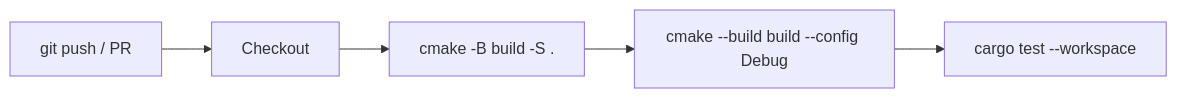
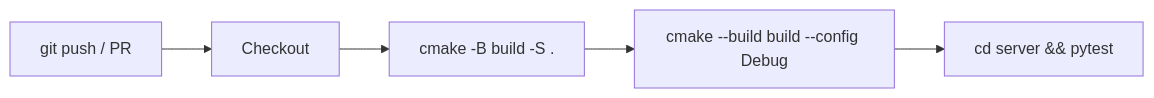
One commit to jesspig/GodotMCP-GDExtension changed the first of 2 diagrams in .repo_wiki/reference/ci-cd.md. Above: the diagram before and after it, drawn with Mermaid. The commit also changed other lines of this file and 29 other files, not shown here.

````diff
--- a/.repo_wiki/reference/ci-cd.md
+++ b/.repo_wiki/reference/ci-cd.md
@@ -7,7 +7,7 @@
 ```mermaid
 flowchart LR
     A[git push / PR] --> B[Checkout]
     B --> C[cmake -B build -S .]
     C --> D[cmake --build build --config Debug]
-    D --> E[cargo test --workspace]
+    D --> E[cd server && pytest]
 ```
````
